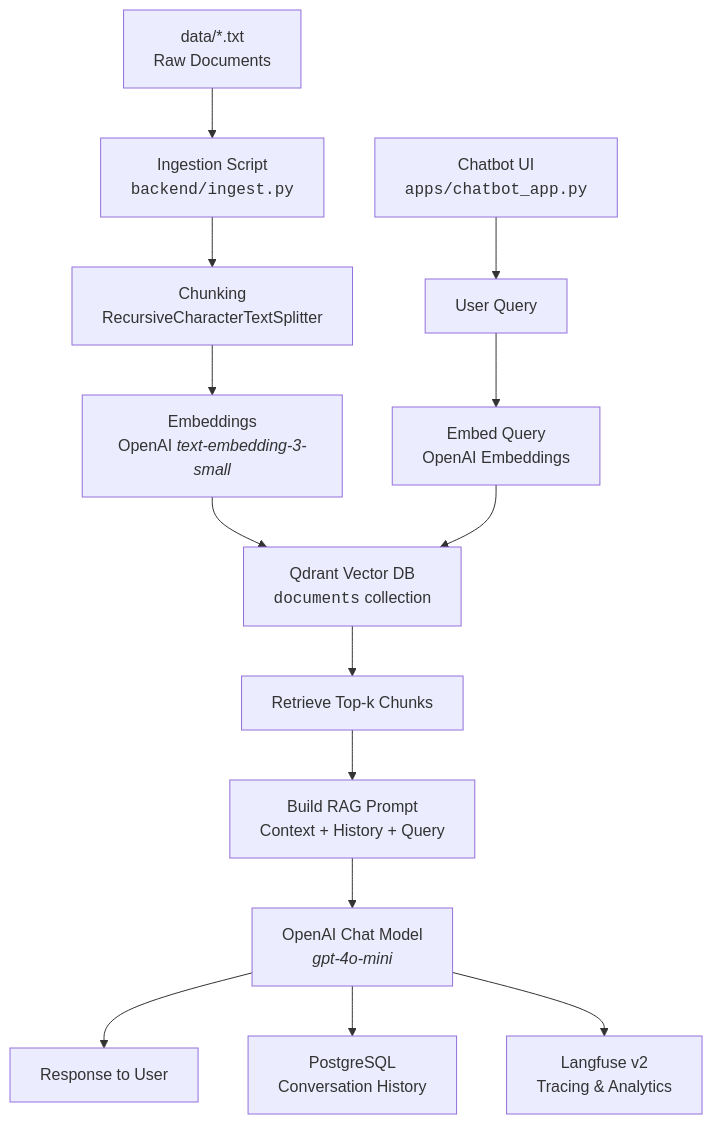
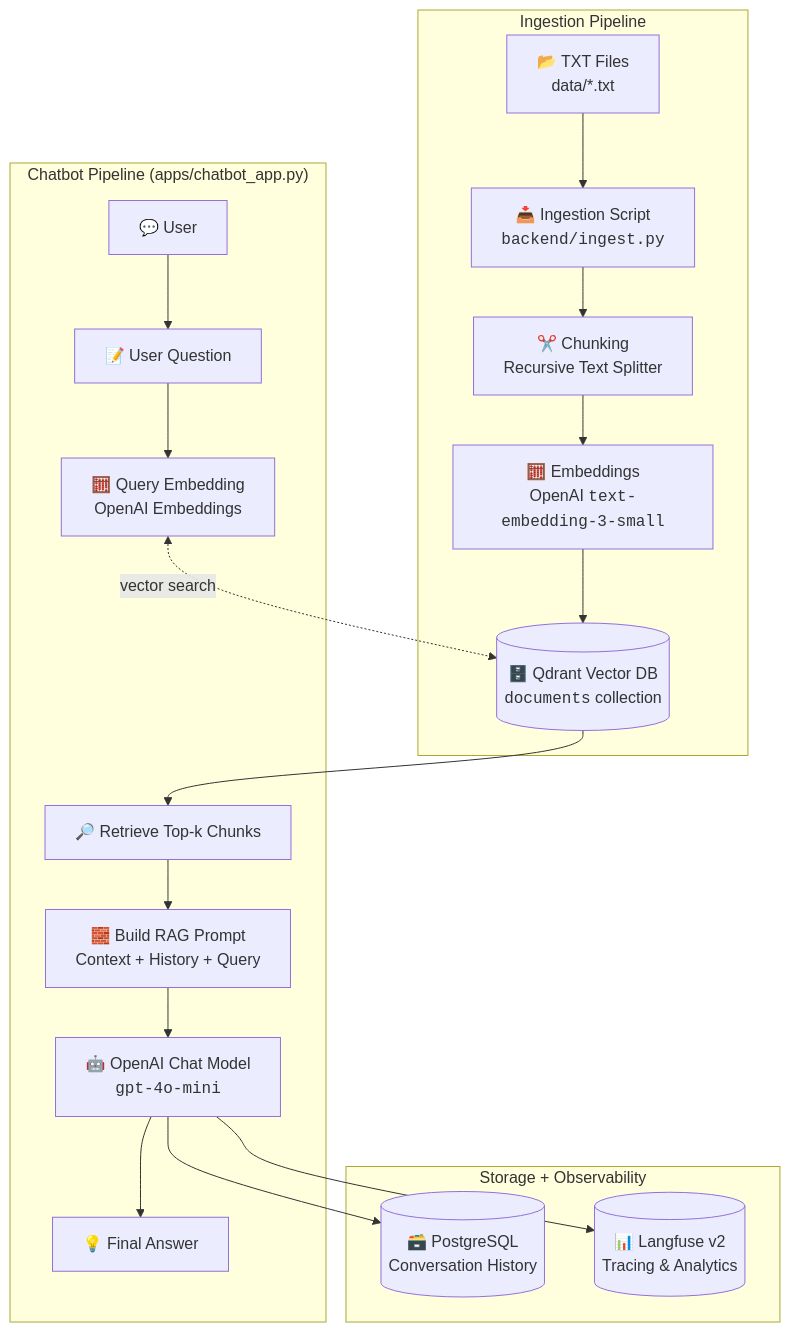
The diagram in README.md (stefanandonov/rag-chatbot), drawn with Mermaid before and after one commit.

````diff
--- a/README.md
+++ b/README.md
@@ -327,38 +327,61 @@
 ```mermaid
 flowchart TD
 
-%% =======================
-%% DATA INGESTION PIPELINE
-%% =======================
+%% ================
+%% INGESTION PATH
+%% ================
 
-A1[data/*.txt<br/>Raw Documents] --> A2[Ingestion Script<br/><code>backend/ingest.py</code>]
+subgraph INGESTION["Ingestion Pipeline"]
+    A1["📂 TXT Files<br/>data/*.txt"]
+    A2["📥 Ingestion Script<br/><code>backend/ingest.py</code>"]
+    A3["✂️ Chunking<br/>Recursive Text Splitter"]
+    A4["🧮 Embeddings<br/>OpenAI <code>text-embedding-3-small</code>"]
+    A5[("🗄️ Qdrant Vector DB<br/><code>documents</code> collection")]
 
-A2 --> A3[Chunking<br/>RecursiveCharacterTextSplitter]
-A3 --> A4[Embeddings<br/>OpenAI <em>text-embedding-3-small</em>]
+    A1 --> A2 --> A3 --> A4 --> A5
+end
 
-A4 --> A5[Qdrant Vector DB<br/><code>documents</code> collection]
+%% ================
+%% CHATBOT PIPELINE
+%% ================
 
-%% =======================
-%% CHATBOT PIPELINE
-%% =======================
+subgraph CHATBOT["Chatbot Pipeline (apps/chatbot_app.py)"]
+    B1["💬 User"]
+    B2["📝 User Question"]
+    B3["🧮 Query Embedding<br/>OpenAI Embeddings"]
+    B4["🔎 Retrieve Top-k Chunks"]
+    B5["🧱 Build RAG Prompt<br/>Context + History + Query"]
+    B6["🤖 OpenAI Chat Model<br/><code>gpt-4o-mini</code>"]
+    B7["💡 Final Answer"]
+end
 
-B1[Chatbot UI<br/><code>apps/chatbot_app.py</code>] --> B2[User Query]
-B2 --> B3[Embed Query<br/>OpenAI Embeddings]
-B3 --> A5
+%% ================
+%% SUPPORTING SYSTEMS
+%% ================
 
-A5 --> B4[Retrieve Top-k Chunks]
+subgraph STORAGE["Storage + Observability"]
+    C1[("🗃️ PostgreSQL<br/>Conversation History")]
+    C2[("📊 Langfuse v2<br/>Tracing & Analytics")]
+end
 
-B4 --> B5[Build RAG Prompt<br/>Context + History + Query]
+%% ================
+%% FLOWS
+%% ================
 
-B5 --> B6[OpenAI Chat Model<br/><em>gpt-4o-mini</em>]
+%% User → Chatbot
+B1 --> B2 --> B3
 
-B6 --> B7[Response to User]
+%% Embedding ↔ Qdrant
+B3 <-.-> |"vector search"| A5
 
-%% =======================
-%% STORAGE + OBSERVABILITY
-%% =======================
+%% Qdrant → retrieved chunks
+A5 --> B4
 
-B6 --> C1[PostgreSQL<br/>Conversation History]
-B6 --> C2[Langfuse v2<br/>Tracing & Analytics]
+%% Retrieval → Prompt → LLM
+B4 --> B5 --> B6 --> B7
+
+%% LLM Output saved + traced
+B6 --> C1
+B6 --> C2
 
 ```
````
